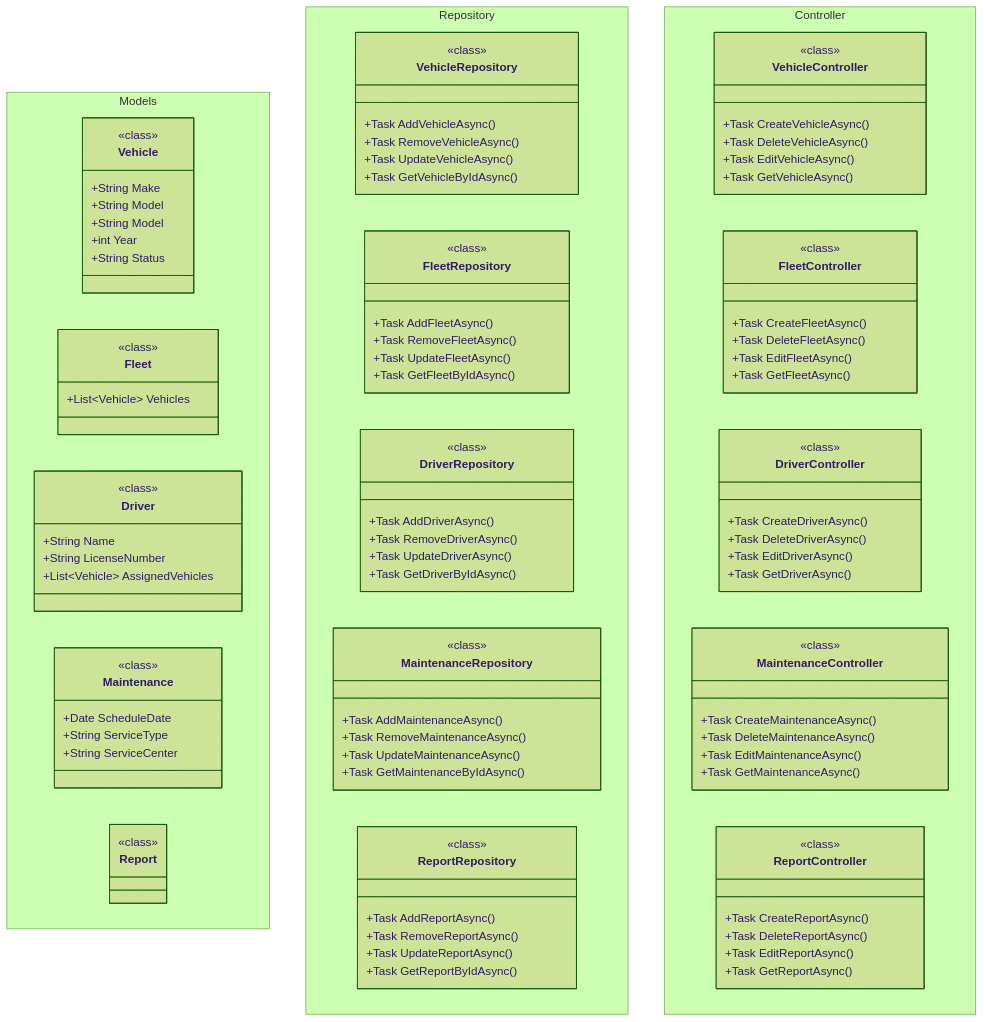
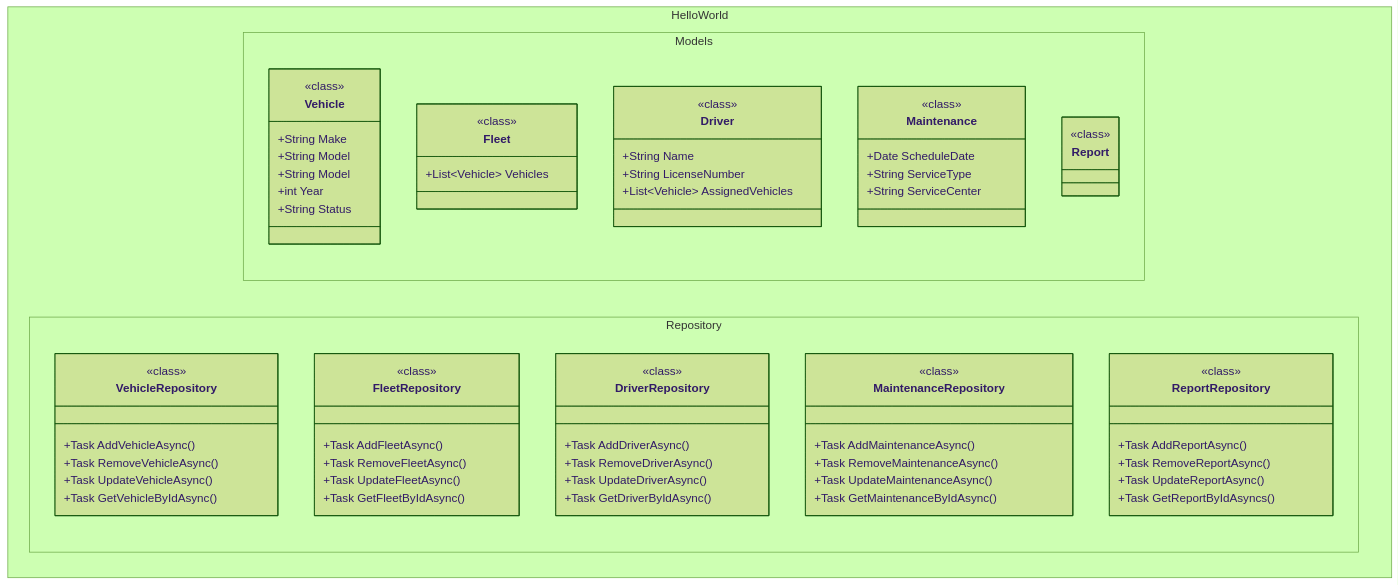
The diagram in src/mermaid.md (ReneLombard/mermaid-codegen), drawn with Mermaid (forest theme) before and after one commit. The commit also changed other lines of this file and 6 other files, not shown here.

````diff
--- a/src/mermaid.md
+++ b/src/mermaid.md
@@ -31,6 +31,6 @@
 ```mermaid
 classDiagram
-namespace Models {
+namespace HelloWorld.Models {
     class Vehicle {
         <<class>>
         +String Make
@@ -63,7 +63,7 @@
         <<class>>
     }
 }
-namespace Repository {
+namespace HelloWorld.Repository {
     class VehicleRepository {
         <<class>>
         +Task AddVehicleAsync()
@@ -101,48 +101,8 @@
         +Task AddReportAsync()
         +Task RemoveReportAsync()
         +Task UpdateReportAsync()
-        +Task GetReportByIdAsync()
+        +Task GetReportByIdAsyncs()
     }
 }
-namespace Controller {
-    class VehicleController {
-        <<class>>
-        +Task CreateVehicleAsync()
-        +Task DeleteVehicleAsync()
-        +Task EditVehicleAsync()
-        +Task GetVehicleAsync()
-    }
 
-    class FleetController {
-        <<class>>
-        +Task CreateFleetAsync()
-        +Task DeleteFleetAsync()
-        +Task EditFleetAsync()
-        +Task GetFleetAsync()
-    }
-
-    class DriverController {
-        <<class>>
-        +Task CreateDriverAsync()
-        +Task DeleteDriverAsync()
-        +Task EditDriverAsync()
-        +Task GetDriverAsync()
-    }
-
-    class MaintenanceController {
-        <<class>>
-        +Task CreateMaintenanceAsync()
-        +Task DeleteMaintenanceAsync()
-        +Task EditMaintenanceAsync()
-        +Task GetMaintenanceAsync()
-    }
-
-    class ReportController {
-        <<class>>
-        +Task CreateReportAsync()
-        +Task DeleteReportAsync()
-        +Task EditReportAsync()
-        +Task GetReportAsync()
-    }
-}
 ```
````
